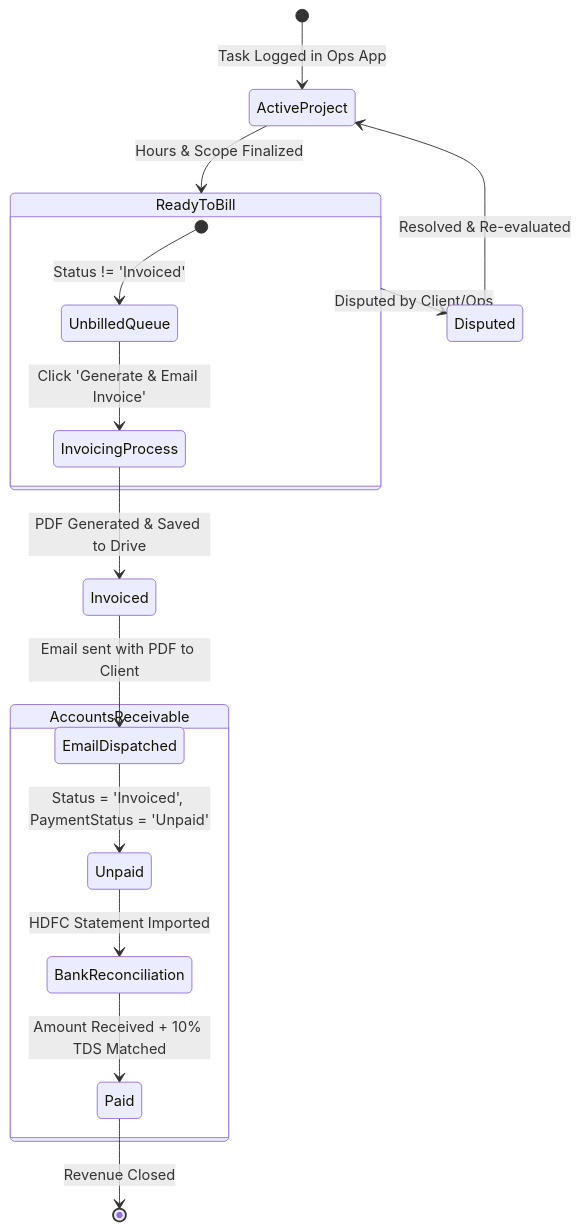
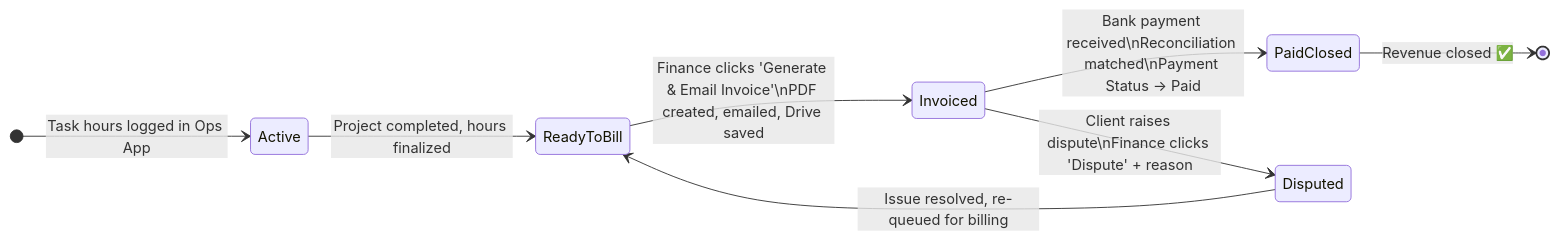
One commit to samiransonowal/sync-st changed the fourth of 5 diagrams in documentation/SYSTEM_ARCHITECTURE_AND_OPERATIONS_MANUAL.md. Above: the diagram before and after it, drawn with Mermaid. The commit also changed other lines of this file, not shown here.

Commit message:
docs: expand System Architecture Manual v2.0 with detailed SOPs, BigQuery integration, lifecycle diagrams, and governance rules

````diff
--- a/documentation/SYSTEM_ARCHITECTURE_AND_OPERATIONS_MANUAL.md
+++ b/documentation/SYSTEM_ARCHITECTURE_AND_OPERATIONS_MANUAL.md
@@ -115,23 +207,12 @@
 ```mermaid
 stateDiagram-v2
-    [*] --> ActiveProject: Task Logged in Ops App
-    ActiveProject --> ReadyToBill: Hours & Scope Finalized
-    
-    state ReadyToBill {
-        [*] --> UnbilledQueue: Status != 'Invoiced'
-        UnbilledQueue --> InvoicingProcess: Click 'Generate & Email Invoice'
-    }
+    direction LR
+    [*] --> Active : Task hours logged in Ops App
+    Active --> ReadyToBill : Project completed, hours finalized
+    ReadyToBill --> Invoiced : Finance clicks 'Generate & Email Invoice'\nPDF created, emailed, Drive saved
+    Invoiced --> PaidClosed : Bank payment received\nReconciliation matched\nPayment Status → Paid
+    Invoiced --> Disputed : Client raises dispute\nFinance clicks 'Dispute' + reason
+    Disputed --> ReadyToBill : Issue resolved, re-queued for billing
 
-    InvoicingProcess --> Invoiced: PDF Generated & Saved to Drive
-    Invoiced --> EmailDispatched: Email sent with PDF to Client
-    
-    state AccountsReceivable {
-        EmailDispatched --> Unpaid: Status = 'Invoiced', PaymentStatus = 'Unpaid'
-        Unpaid --> BankReconciliation: HDFC Statement Imported
-        BankReconciliation --> Paid: Amount Received + 10% TDS Matched
-    }
-
-    Paid --> [*]: Revenue Closed
-    ReadyToBill --> Disputed: Disputed by Client/Ops
-    Disputed --> ActiveProject: Resolved & Re-evaluated
+    PaidClosed --> [*] : Revenue closed ✅
 ```
````
